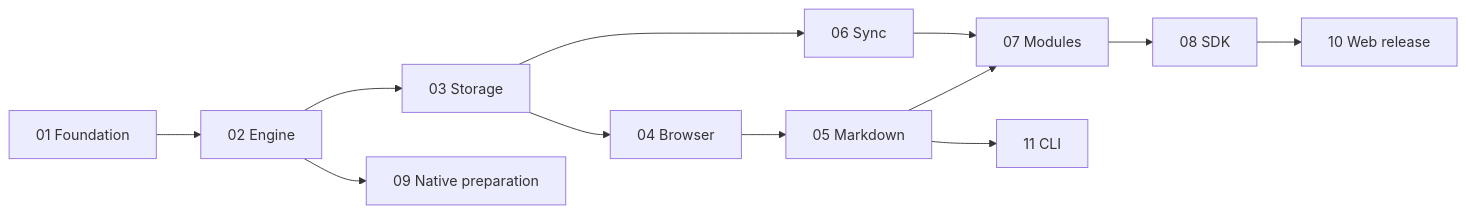
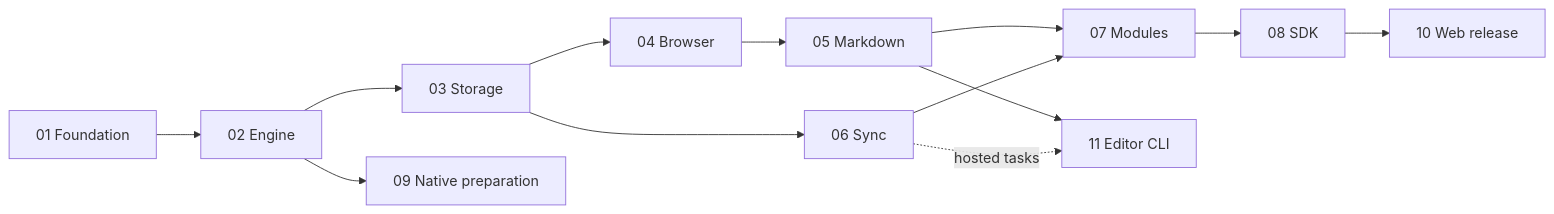
The diagram in README.md (edit-ac/architecture), drawn with Mermaid before and after one commit. The commit also changed other lines of this file and 38 other files, not shown here.

````diff
--- a/README.md
+++ b/README.md
@@ -34,14 +34,15 @@
 ```mermaid
 flowchart LR
   A[01 Foundation] --> B[02 Engine]
   B --> C[03 Storage]
   C --> D[04 Browser]
   D --> E[05 Markdown]
   C --> F[06 Sync]
   E --> G[07 Modules]
   F --> G
   G --> H[08 SDK]
   H --> I[10 Web release]
   B --> J[09 Native preparation]
-  E --> K[11 CLI]
+  E --> K[11 Editor CLI]
+  F -. hosted tasks .-> K
 ```
````
